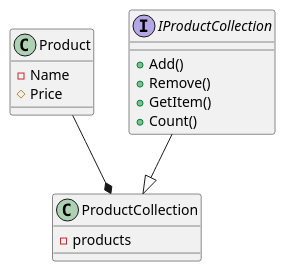
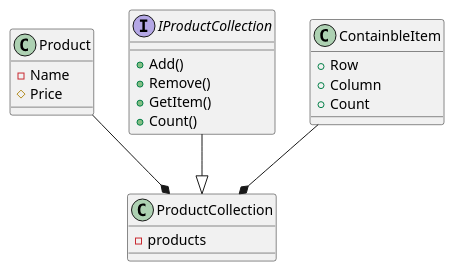
One commit to stefanandy/VendingMachine changed the diagram in documentation/product.puml. Above: the diagram before and after it, drawn with PlantUML. The commit also changed 7 other files, not shown here.

Commit message:
Dispenser class have been added Test for  Dispenser class have been added. Modifications on ProductCollections Remove and GetItem methods habe been made.

```diff
--- a/documentation/product.puml
+++ b/documentation/product.puml
@@ -1,24 +1,31 @@
 @startuml
 
 Product--*ProductCollection
 IProductCollection--|>ProductCollection
+ContainbleItem--*ProductCollection
 
 class Product{
     -Name
     #Price
 }
 
 class ProductCollection{
     -products
+}
+
+class ContainbleItem{
+    +Row
+    +Column
+    +Count
 }
 
 interface IProductCollection{
     +Add()
     +Remove()
     +GetItem()
     +Count()
 }
 
 
 
 @enduml
```
